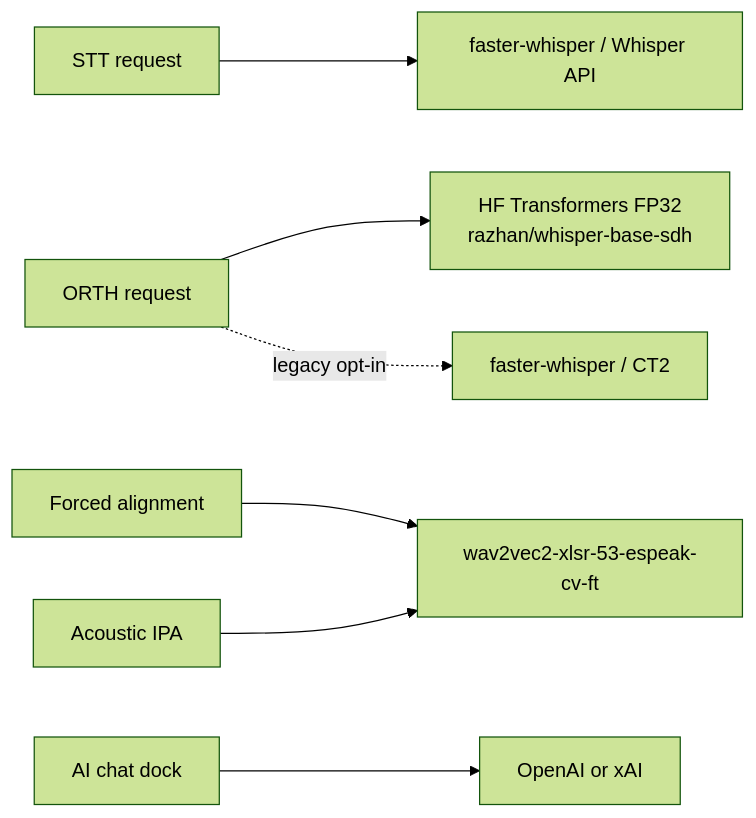
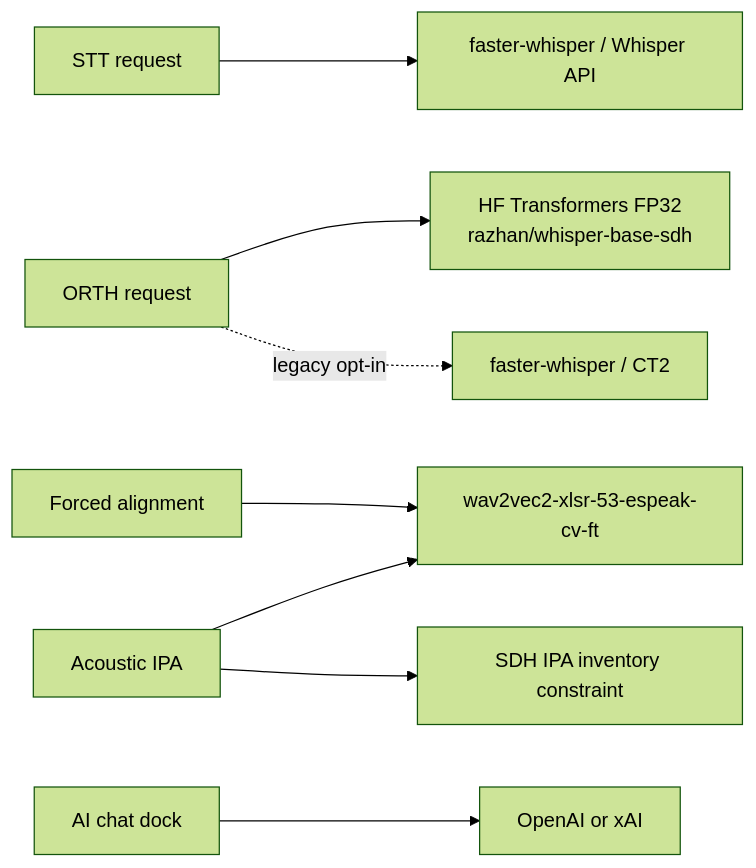
The third of 5 diagrams in docs/architecture.md (ArdeleanLucas/PARSE), drawn with Mermaid (forest theme) before and after one commit. The commit also changed other lines of this file and 5 other files, not shown here.

Commit message:
fix: constrain wav2vec2 ipa decode for sdh

````diff
--- a/docs/architecture.md
+++ b/docs/architecture.md
@@ -178,9 +178,10 @@
 ```mermaid
 flowchart LR
     STT[STT request] --> FW[faster-whisper / Whisper API]
     ORTH[ORTH request] --> HF[HF Transformers FP32\nrazhan/whisper-base-sdh]
     ORTH -. legacy opt-in .-> CT2[faster-whisper / CT2]
     Align[Forced alignment] --> W2V[wav2vec2-xlsr-53-espeak-cv-ft]
     IPA[Acoustic IPA] --> W2V
+    IPA --> IPAConstraint[SDH IPA inventory constraint]
     Chat[AI chat dock] --> LLM[OpenAI or xAI]
 ```
````
